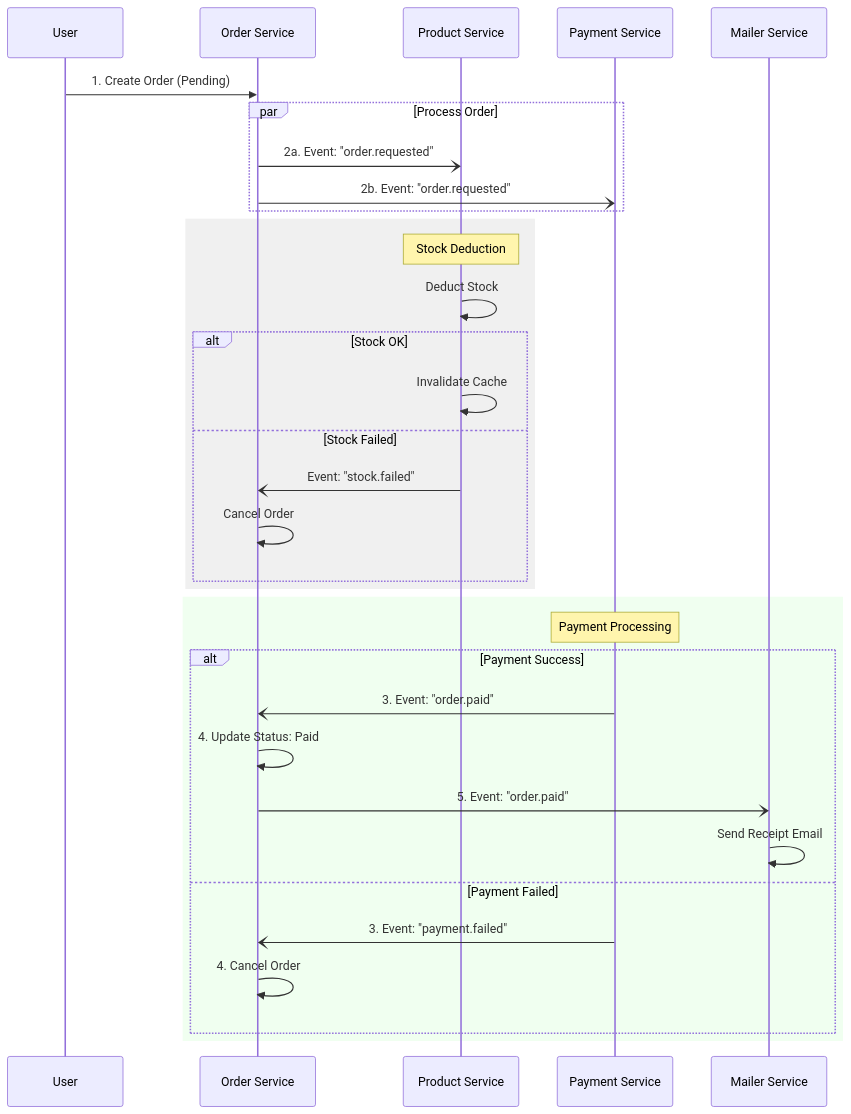
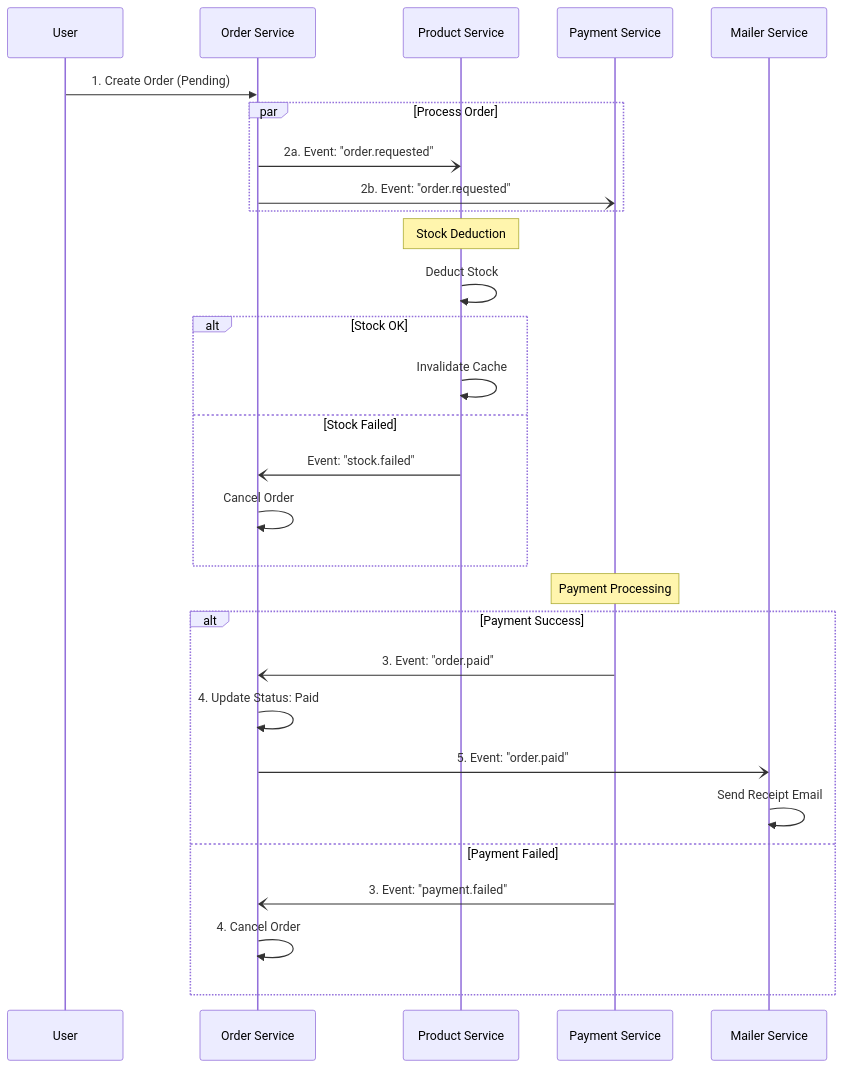
Before and after one commit to phanthehoang2503/small-project-service: the diagram in README.md, drawn with Mermaid.

Commit message:
remove the color from the graph

````diff
--- a/README.md
+++ b/README.md
@@ -13,39 +13,35 @@
 ```mermaid
 sequenceDiagram
     participant User
     participant Order as Order Service
     participant Product as Product Service
     participant Payment as Payment Service
     participant Mailer as Mailer Service
     
     User->>Order: 1. Create Order (Pending)
     
     par Process Order
         Order-)Product: 2a. Event: "order.requested"
         Order-)Payment: 2b. Event: "order.requested"
     end
     
-    rect rgb(240, 240, 240)
     Note over Product: Stock Deduction
     Product->>Product: Deduct Stock
     alt Stock OK
         Product->>Product: Invalidate Cache
     else Stock Failed
         Product-)Order: Event: "stock.failed"
         Order->>Order: Cancel Order
     end
-    end
 
-    rect rgb(240, 255, 240)
     Note over Payment: Payment Processing
     alt Payment Success
         Payment-)Order: 3. Event: "order.paid"
         Order->>Order: 4. Update Status: Paid
         Order-)Mailer: 5. Event: "order.paid"
         Mailer->>Mailer: Send Receipt Email
     else Payment Failed
         Payment-)Order: 3. Event: "payment.failed"
         Order->>Order: 4. Cancel Order
     end
-    end
 ```
````
